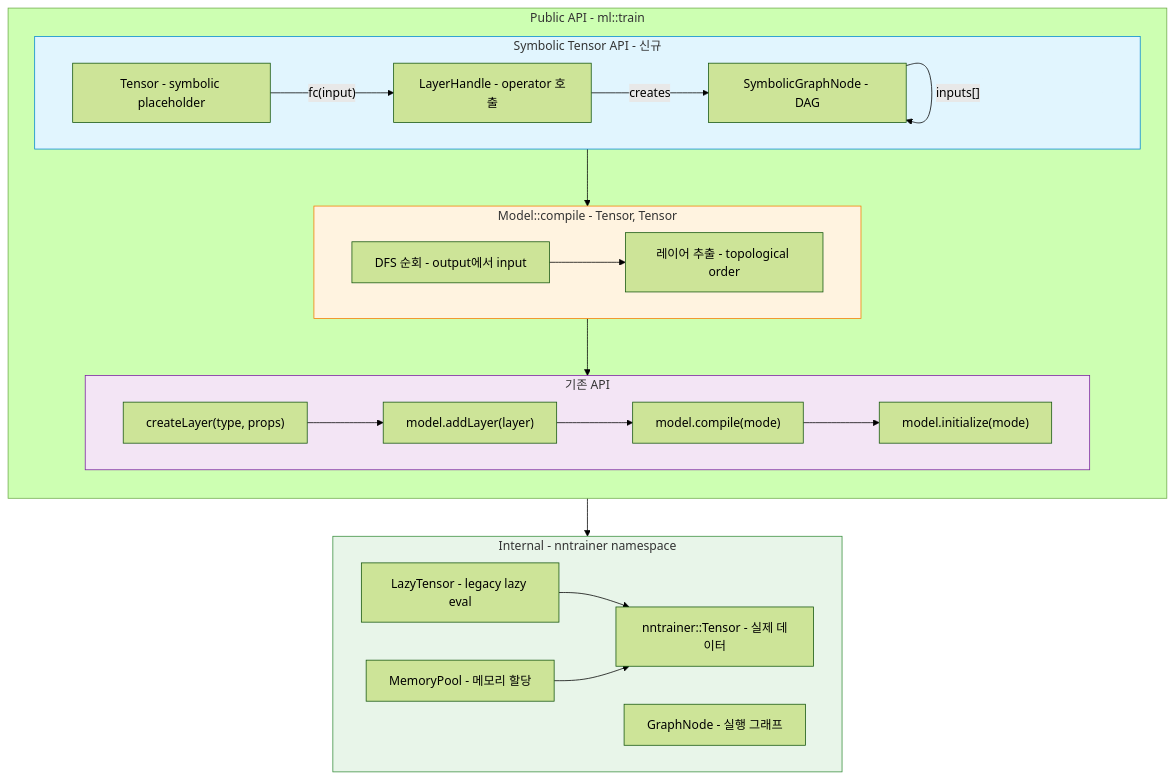
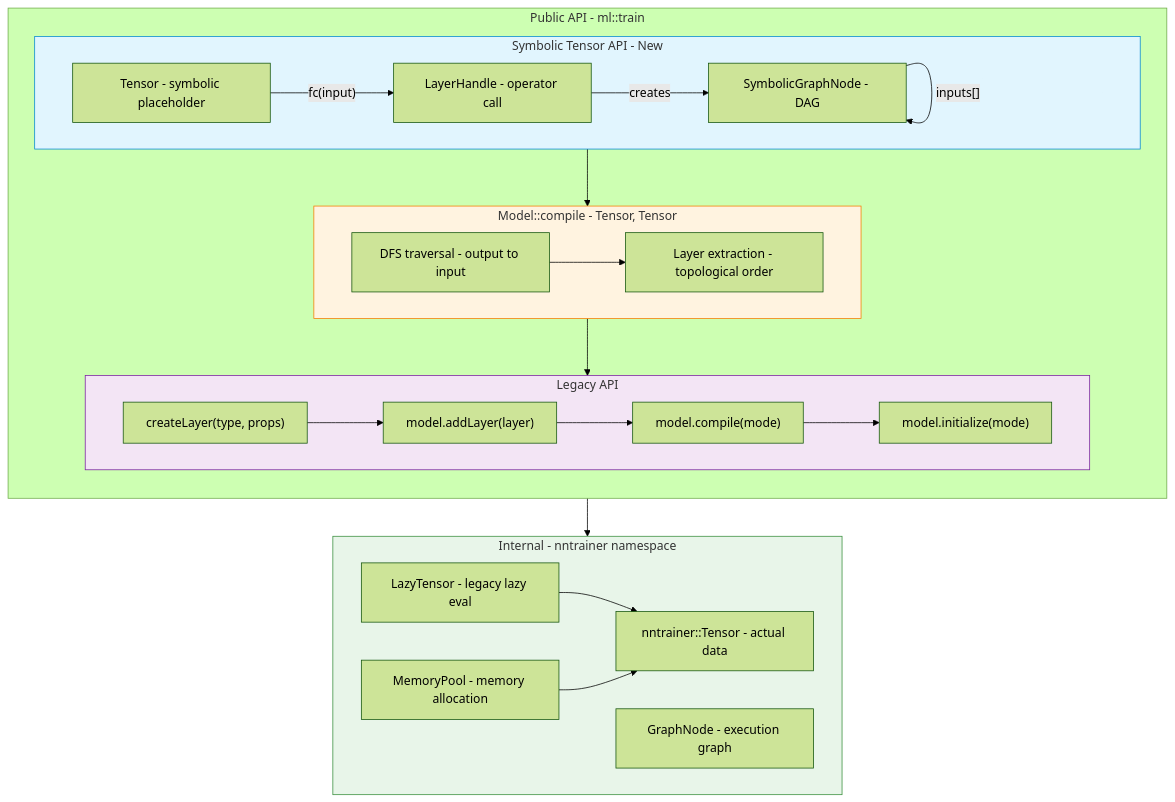
One commit to jijoongmoon/nntrainer changed the fifth of 6 diagrams in docs/symbolic-tensor-api.md. Above: the diagram before and after it, drawn with Mermaid (forest theme). The commit also changed other lines of this file, not shown here.

First line of the commit message:
Rewrite Symbolic Tensor API documentation in English

````diff
--- a/docs/symbolic-tensor-api.md
+++ b/docs/symbolic-tensor-api.md
@@ -438,49 +438,49 @@
 ```mermaid
 flowchart TB
     subgraph PUBLIC["Public API - ml::train"]
         direction TB
 
-        subgraph SYMBOLIC["Symbolic Tensor API - 신규"]
+        subgraph SYMBOLIC["Symbolic Tensor API - New"]
             T[Tensor - symbolic placeholder]
-            LH[LayerHandle - operator 호출]
+            LH[LayerHandle - operator call]
             SGN[SymbolicGraphNode - DAG]
             T -->|"fc(input)"| LH
             LH -->|creates| SGN
             SGN -->|"inputs[]"| SGN
         end
 
         subgraph COMPILE["Model::compile - Tensor, Tensor"]
-            DFS[DFS 순회 - output에서 input]
-            EXTRACT[레이어 추출 - topological order]
+            DFS[DFS traversal - output to input]
+            EXTRACT[Layer extraction - topological order]
             DFS --> EXTRACT
         end
 
-        subgraph LEGACY["기존 API"]
+        subgraph LEGACY["Legacy API"]
             CL["createLayer(type, props)"]
             AL["model.addLayer(layer)"]
             CP["model.compile(mode)"]
             IN["model.initialize(mode)"]
             CL --> AL --> CP --> IN
         end
 
         SYMBOLIC --> COMPILE
         COMPILE --> LEGACY
     end
 
     subgraph INTERNAL["Internal - nntrainer namespace"]
         direction LR
-        NT[nntrainer::Tensor - 실제 데이터]
-        MP[MemoryPool - 메모리 할당]
-        GN[GraphNode - 실행 그래프]
+        NT[nntrainer::Tensor - actual data]
+        MP[MemoryPool - memory allocation]
+        GN[GraphNode - execution graph]
         LT[LazyTensor - legacy lazy eval]
         LT --> NT
         MP --> NT
     end
 
     PUBLIC --> INTERNAL
 
     style SYMBOLIC fill:#e1f5fe,stroke:#0288d1
     style COMPILE fill:#fff3e0,stroke:#f57c00
     style LEGACY fill:#f3e5f5,stroke:#7b1fa2
     style INTERNAL fill:#e8f5e9,stroke:#388e3c
 ```
````
